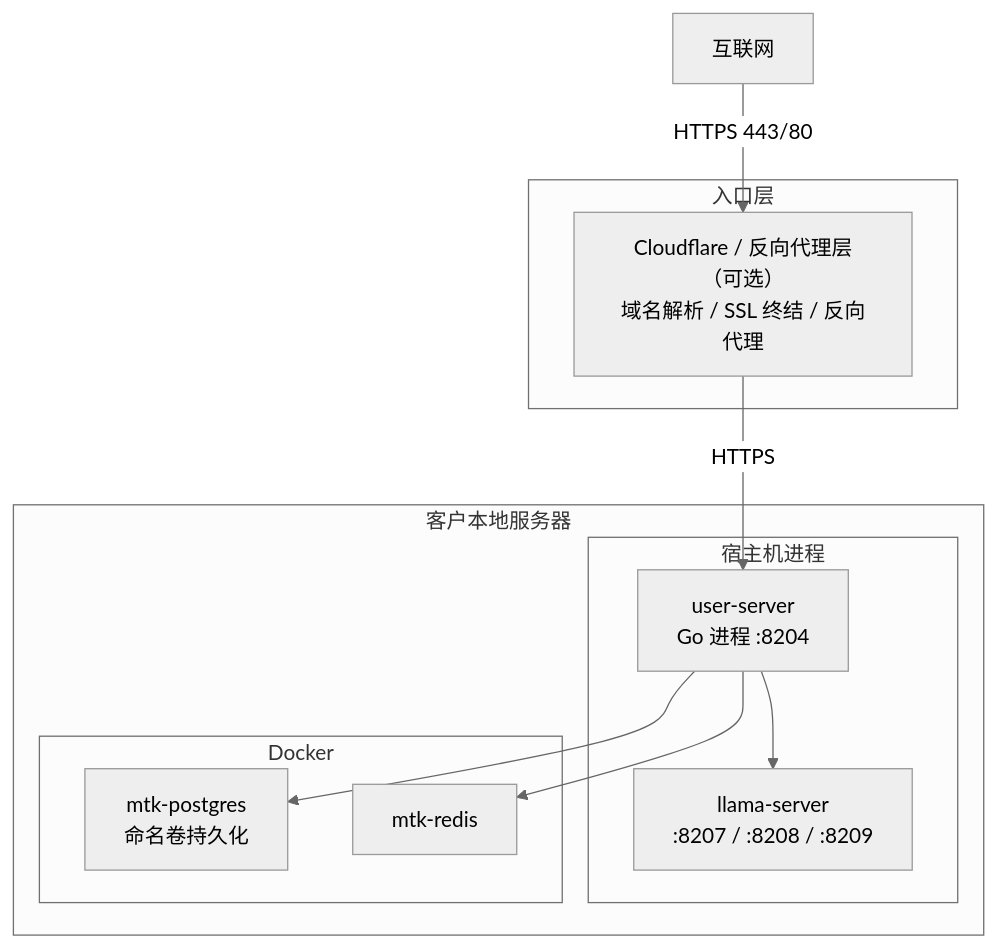
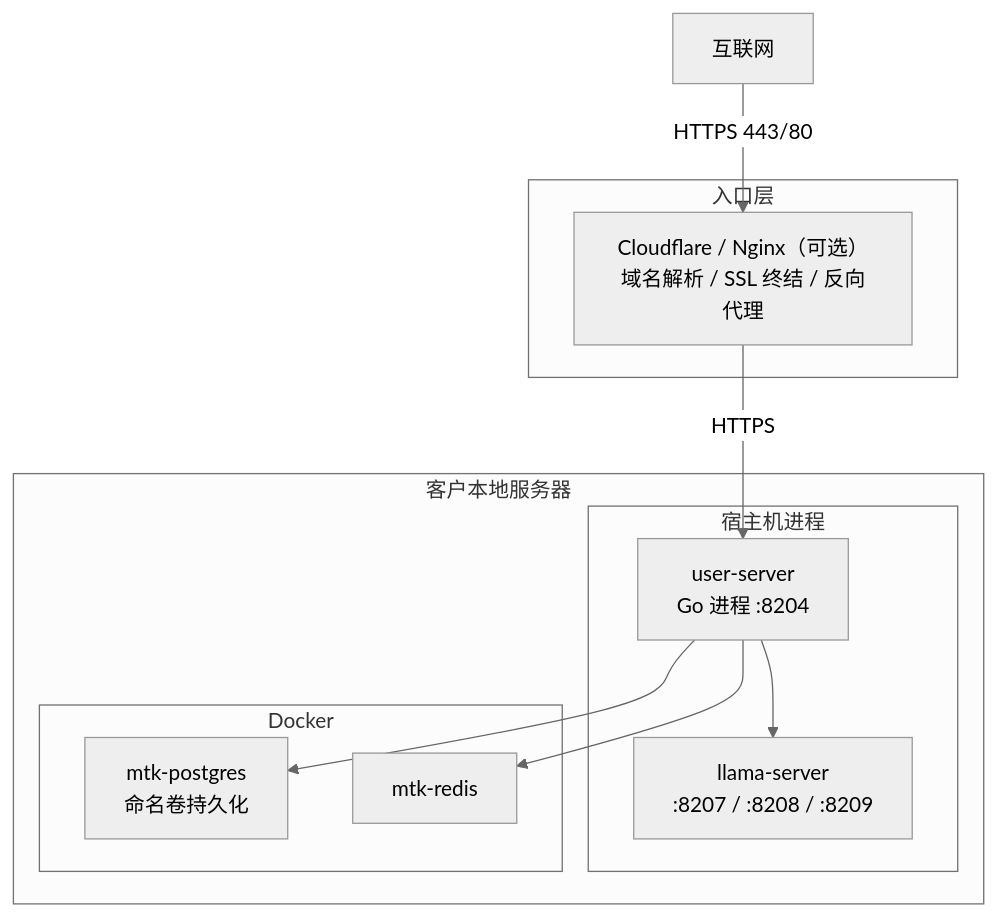
The fourth of 5 diagrams in docs/architecture/ARCHITECTURE_DIAGRAM.md (Pan519/hivemtk), drawn with Mermaid (neutral theme) before and after one commit. The commit also changed 32 other files, not shown here.

````diff
--- a/docs/architecture/ARCHITECTURE_DIAGRAM.md
+++ b/docs/architecture/ARCHITECTURE_DIAGRAM.md
@@ -144,26 +144,26 @@
 ```mermaid
 graph TD
     Internet[互联网]
 
     subgraph 入口层
-        CF["Cloudflare / 反向代理层（可选）<br/>域名解析 / SSL 终结 / 反向代理"]
+        CFNginx["Cloudflare / Nginx（可选）<br/>域名解析 / SSL 终结 / 反向代理"]
     end
 
     subgraph 客户本地服务器
         subgraph 宿主机进程
             UserServer["user-server<br/>Go 进程 :8204"]
             LlamaHost["llama-server<br/>:8207 / :8208 / :8209"]
         end
 
         subgraph Docker
             MtkPostgres[mtk-postgres<br/>命名卷持久化]
             MtkRedis[mtk-redis]
         end
     end
 
-    Internet -- "HTTPS 443/80" --> CF
-    CF -- "HTTPS" --> UserServer
+    Internet -- "HTTPS 443/80" --> CFNginx
+    CFNginx -- "HTTPS" --> UserServer
     UserServer --> LlamaHost
     UserServer --> MtkPostgres
     UserServer --> MtkRedis
 ```
````
